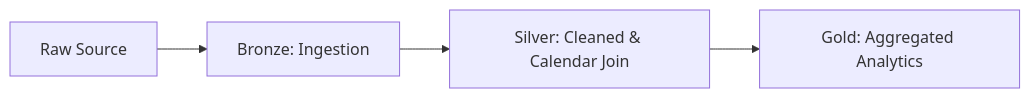
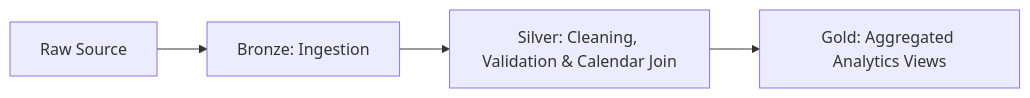
Before and after one commit to viveksadhucodes/miniproject: the diagram in README.md, drawn with Mermaid. The commit also changed other lines of this file and 1 other file, not shown here.

````diff
--- a/README.md
+++ b/README.md
@@ -16,6 +16,6 @@
 ```mermaid
 graph LR
     A[Raw Source] --> B[Bronze: Ingestion]
-    B --> C[Silver: Cleaned & Calendar Join]
-    C --> D[Gold: Aggregated Analytics]
+    B --> C[Silver: Cleaning, Validation & Calendar Join]
+    C --> D[Gold: Aggregated Analytics Views]
 ```
````
